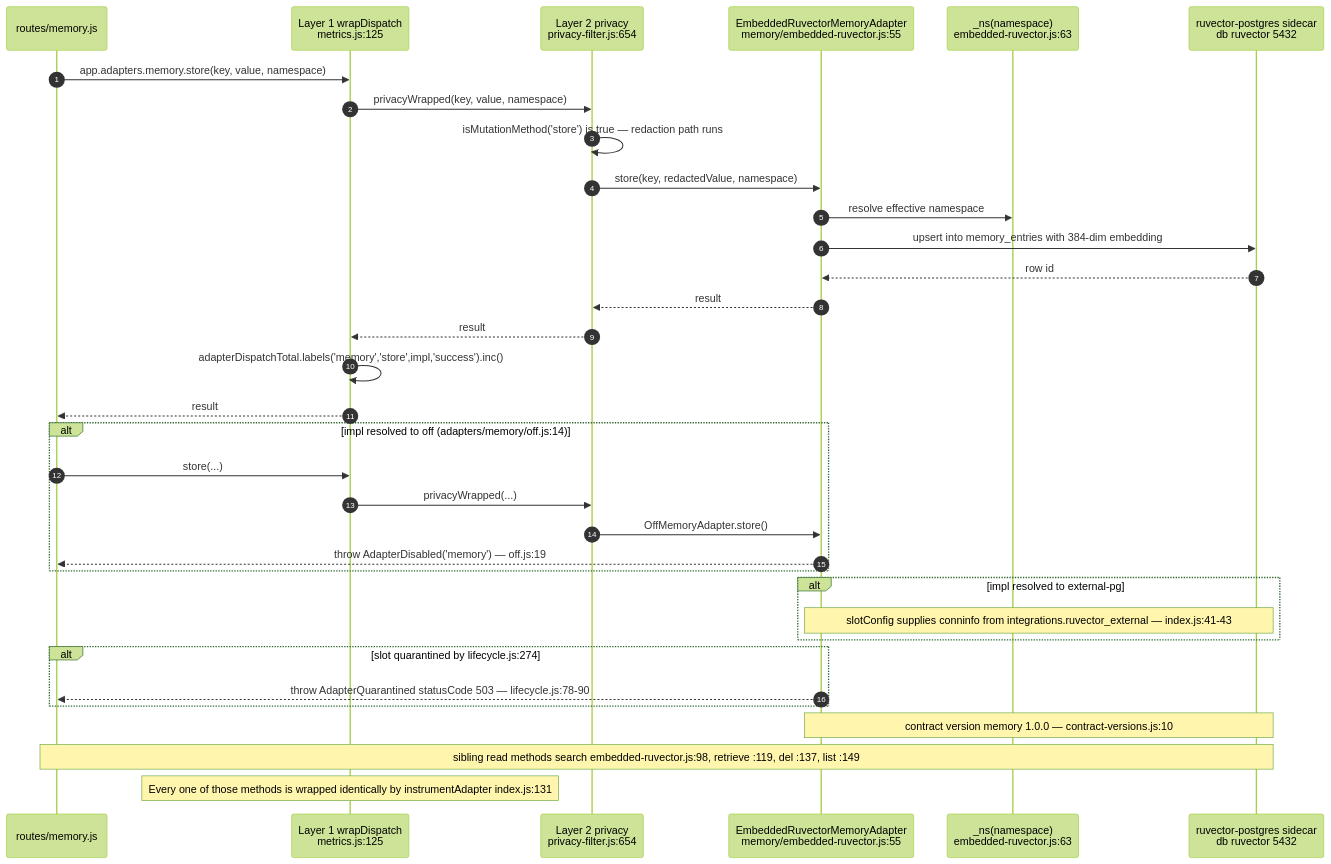
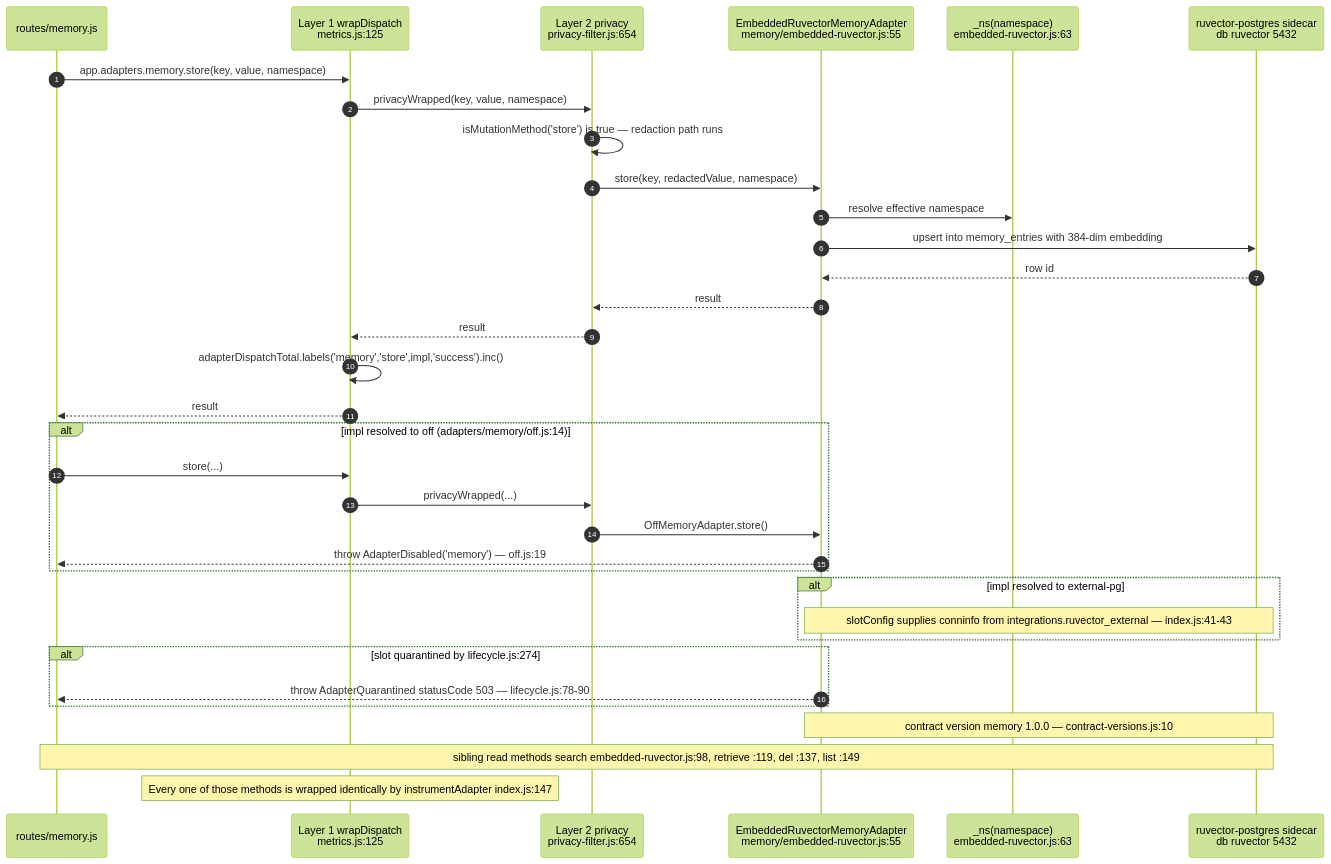
The ninth of 16 diagrams in docs/diagrams/agentbox/04-adapter-spine.md (DreamLab-AI/AR-AI-Knowledge-Graph), drawn with Mermaid (forest theme) before and after one commit. The commit also changed other lines of this file and 73 other files, not shown here.

First line of the commit message:
docs(diagrams): re-verify all 71 topic files against HEAD; add --cite-check

````diff
--- a/docs/diagrams/agentbox/04-adapter-spine.md
+++ b/docs/diagrams/agentbox/04-adapter-spine.md
@@ -385,37 +386,37 @@
 ```mermaid
 sequenceDiagram
     autonumber
     participant R as routes/memory.js
     participant L1 as Layer 1 wrapDispatch<br/>metrics.js:125
     participant L2 as Layer 2 privacy<br/>privacy-filter.js:654
     participant MA as EmbeddedRuvectorMemoryAdapter<br/>memory/embedded-ruvector.js:55
     participant NS as _ns(namespace)<br/>embedded-ruvector.js:63
     participant PG as ruvector-postgres sidecar<br/>db ruvector 5432
 
     R->>L1: app.adapters.memory.store(key, value, namespace)
     L1->>L2: privacyWrapped(key, value, namespace)
     L2->>L2: isMutationMethod('store') is true — redaction path runs
     L2->>MA: store(key, redactedValue, namespace)
     MA->>NS: resolve effective namespace
     MA->>PG: upsert into memory_entries with 384-dim embedding
     PG-->>MA: row id
     MA-->>L2: result
     L2-->>L1: result
     L1->>L1: adapterDispatchTotal.labels('memory','store',impl,'success').inc()
     L1-->>R: result
     alt impl resolved to off (adapters/memory/off.js:14)
         R->>L1: store(...)
         L1->>L2: privacyWrapped(...)
         L2->>MA: OffMemoryAdapter.store()
         MA-->>R: throw AdapterDisabled('memory') — off.js:19
     end
     alt impl resolved to external-pg
         Note over MA,PG: slotConfig supplies conninfo from integrations.ruvector_external — index.js:41-43
     end
     alt slot quarantined by lifecycle.js:274
         MA-->>R: throw AdapterQuarantined statusCode 503 — lifecycle.js:78-90
     end
     Note over MA,PG: contract version memory 1.0.0 — contract-versions.js:10
     Note over R,PG: sibling read methods search embedded-ruvector.js:98, retrieve :119, del :137, list :149
-    Note over L1: Every one of those methods is wrapped identically by instrumentAdapter index.js:131
+    Note over L1: Every one of those methods is wrapped identically by instrumentAdapter index.js:147
 ```
````
